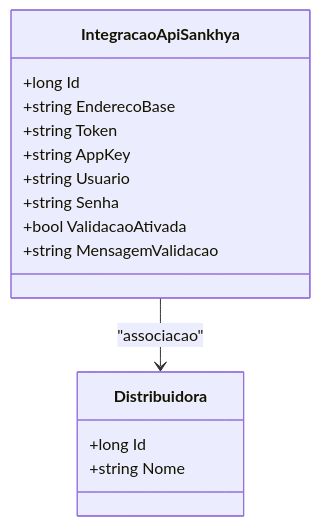
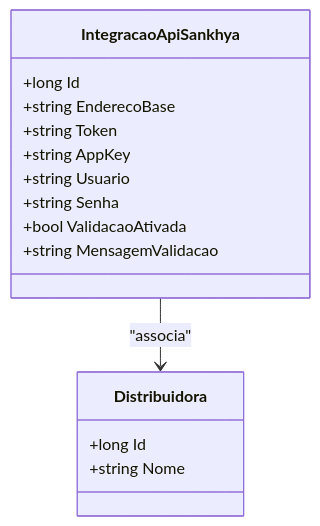
One commit to IsthmusSistemas/documentacao-tecnica changed the diagram in docs/b2b-dominio/IsthmusWinthor.Nucleo/IsthmusWinthor.Dominio/Entidades/IntegracaoApiSankhya.md. Above: the diagram before and after it, drawn with Mermaid. The commit also changed other lines of this file and 882 other files, not shown here.

````diff
--- a/docs/b2b-dominio/IsthmusWinthor.Nucleo/IsthmusWinthor.Dominio/Entidades/IntegracaoApiSankhya.md
+++ b/docs/b2b-dominio/IsthmusWinthor.Nucleo/IsthmusWinthor.Dominio/Entidades/IntegracaoApiSankhya.md
@@ -22,18 +25,19 @@
 ```mermaid
 classDiagram
     class IntegracaoApiSankhya {
         +long Id
         +string EnderecoBase
         +string Token
         +string AppKey
         +string Usuario
         +string Senha
         +bool ValidacaoAtivada
         +string MensagemValidacao
     }
     class Distribuidora {
         +long Id
         +string Nome
     }
-    IntegracaoApiSankhya --> Distribuidora : "associacao"
+    
+    IntegracaoApiSankhya --> Distribuidora : "associa"
 ```
````
